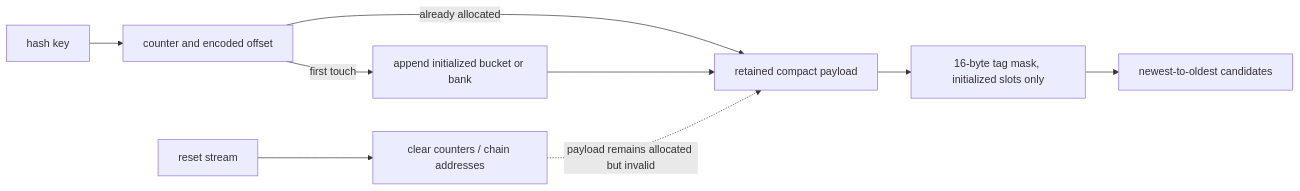
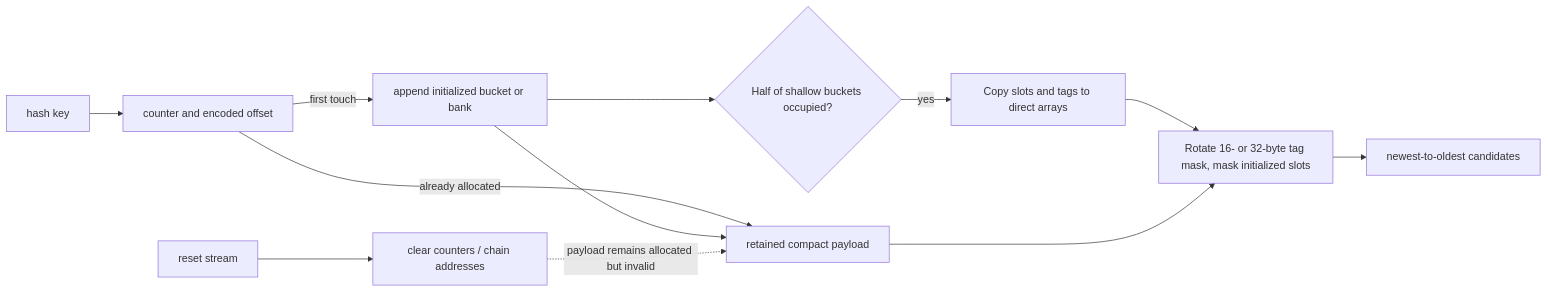
Before and after one commit to Mnwa/mbrotli: the third of 11 diagrams in architecture/greedy-encoder.md, drawn with Mermaid. The commit also changed other lines of this file and 34 other files, not shown here.

````diff
--- a/architecture/greedy-encoder.md
+++ b/architecture/greedy-encoder.md
@@ -223,11 +239,14 @@
 ```mermaid
 flowchart LR
     hash[hash key] --> directory[counter and encoded offset]
     directory -->|first touch| activate[append initialized bucket or bank]
     directory -->|already allocated| payload[retained compact payload]
     activate --> payload
-    payload --> tags[16-byte tag mask, initialized slots only]
+    activate --> occupied{Half of shallow buckets occupied?}
+    occupied -->|yes| dense[Copy slots and tags to direct arrays]
+    dense --> tags[Rotate 16- or 32-byte tag mask, mask initialized slots]
+    payload --> tags
     tags --> candidates[newest-to-oldest candidates]
     reset[reset stream] --> validity[clear counters / chain addresses]
     validity -.->|payload remains allocated but invalid| payload
 ```
````
